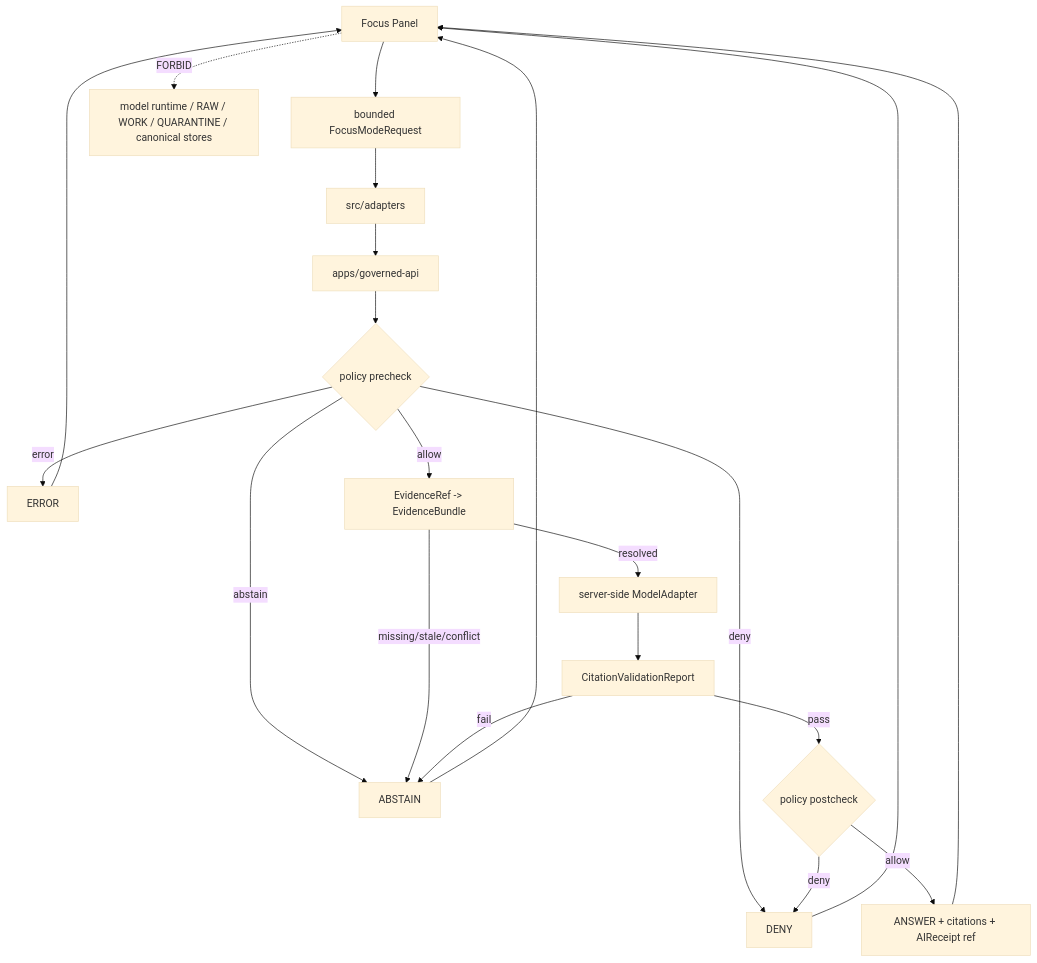
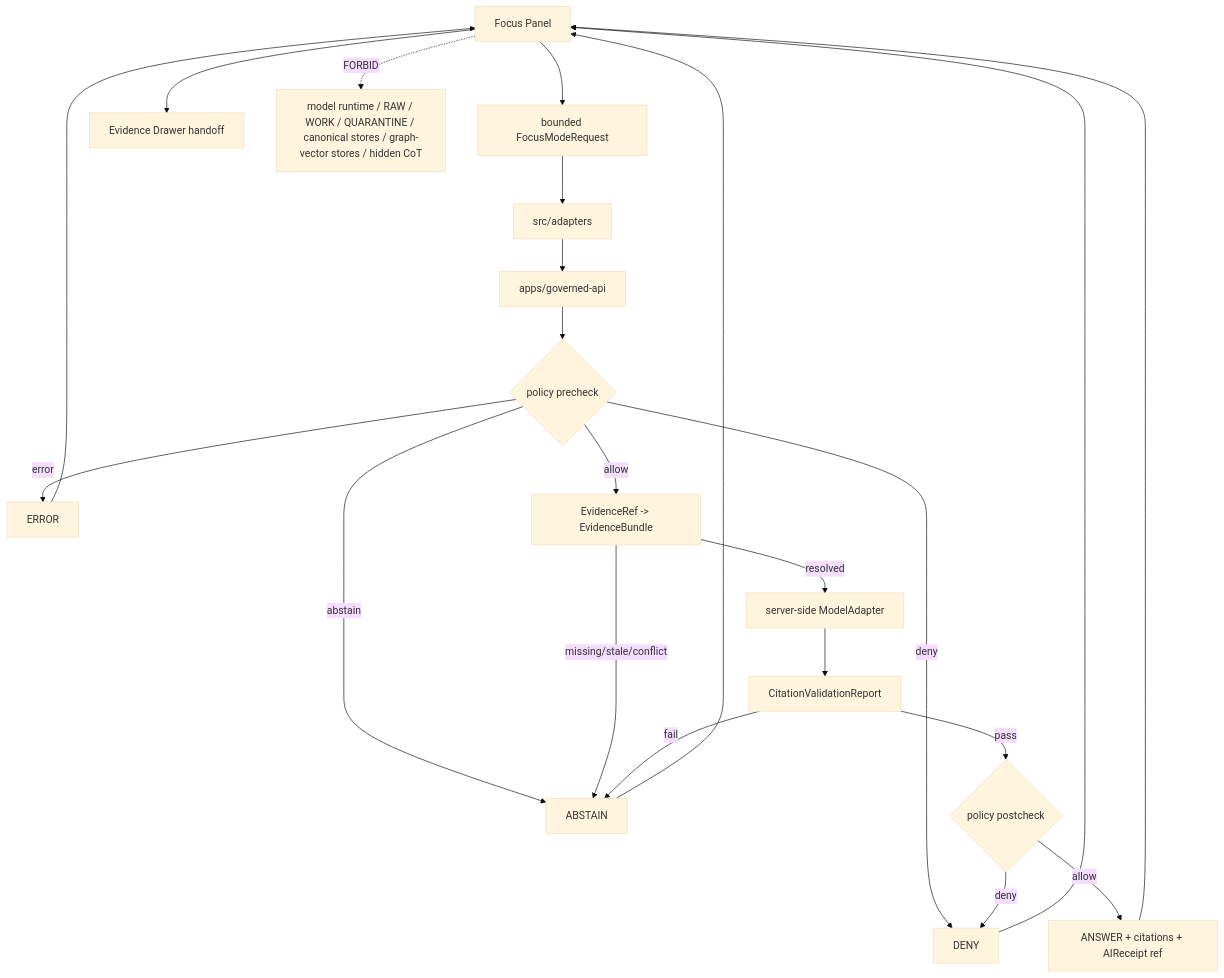
The diagram in apps/explorer-web/src/features/focus_panel/README.md (bartytime4life/Kansas-Frontier-Matrix), drawn with Mermaid (base theme) before and after one commit. The commit also changed other lines of this file, not shown here.

Commit message:
docs: update explorer focus panel readme

````diff
--- a/apps/explorer-web/src/features/focus_panel/README.md
+++ b/apps/explorer-web/src/features/focus_panel/README.md
@@ -222,23 +278,24 @@
 ```mermaid
 flowchart TD
     panel["Focus Panel"] --> req["bounded FocusModeRequest"]
     req --> adapters["src/adapters"]
     adapters --> api["apps/governed-api"]
     api --> pre{"policy precheck"}
     pre -->|deny| deny["DENY"]
     pre -->|abstain| abstain["ABSTAIN"]
     pre -->|error| error["ERROR"]
     pre -->|allow| ev["EvidenceRef -> EvidenceBundle"]
     ev -->|missing/stale/conflict| abstain
     ev -->|resolved| model["server-side ModelAdapter"]
     model --> cite["CitationValidationReport"]
     cite -->|fail| abstain
     cite -->|pass| post{"policy postcheck"}
     post -->|deny| deny
     post -->|allow| answer["ANSWER + citations + AIReceipt ref"]
     answer --> panel
     deny --> panel
     abstain --> panel
     error --> panel
-    panel -. FORBID .-> raw["model runtime / RAW / WORK / QUARANTINE / canonical stores"]
+    panel --> drawer["Evidence Drawer handoff"]
+    panel -. FORBID .-> raw["model runtime / RAW / WORK / QUARANTINE / canonical stores / graph-vector stores / hidden CoT"]
 ```
````
